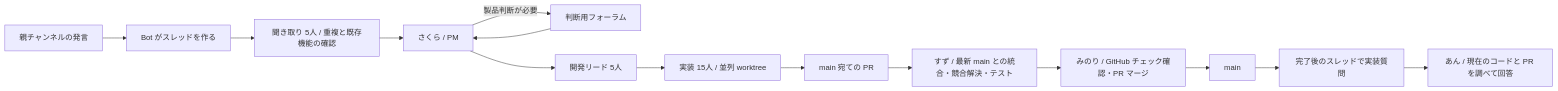
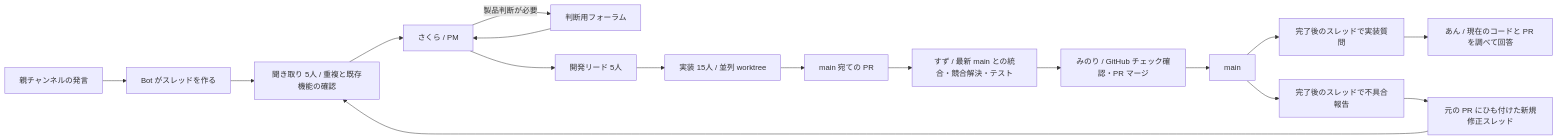
One commit to katteni-kaihatu/tonarium-agent changed the diagram in README.md. Above: the diagram before and after it, drawn with Mermaid. The commit also changed other lines of this file and 5 other files, not shown here.

````diff
--- a/README.md
+++ b/README.md
@@ -7,16 +7,19 @@
 ```mermaid
 flowchart LR
   Voice[親チャンネルの発言] --> Thread[Bot がスレッドを作る]
   Thread --> H[聞き取り 5人 / 重複と既存機能の確認]
   H --> S[さくら / PM]
   S -->|製品判断が必要| Forum[判断用フォーラム]
   Forum --> S
   S --> A[開発リード 5人]
   A --> Workers[実装 15人 / 並列 worktree]
   Workers --> PR[main 宛ての PR]
   PR --> I[すず / 最新 main との統合・競合解決・テスト]
   I --> M[みのり / GitHub チェック確認・PR マージ]
   M --> Main[main]
   Main --> Q[完了後のスレッドで実装質問]
   Q --> Help[あん / 現在のコードと PR を調べて回答]
+  Main --> Bug[完了後のスレッドで不具合報告]
+  Bug --> Repair[元の PR にひも付けた新規修正スレッド]
+  Repair --> H
 ```
````
